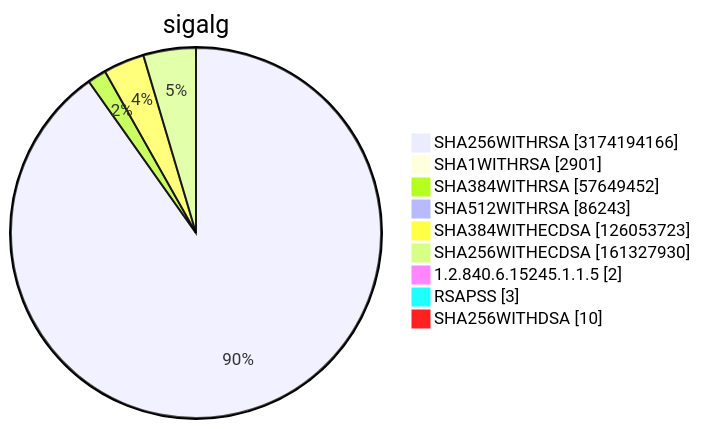
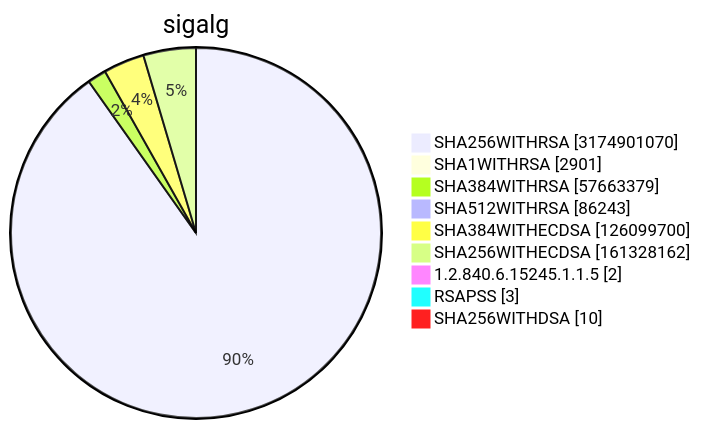
Diagram 15 of 15 in TOTAL/README.md (christiankrug/ctmonitor_visualization), drawn with Mermaid before and after one commit. The commit also changed other lines of this file, not shown here.

````diff
--- a/TOTAL/README.md
+++ b/TOTAL/README.md
@@ -6215,13 +6215,13 @@
 ```mermaid
 pie showData
 title sigalg
-"SHA256WITHRSA" :3174194166
+"SHA256WITHRSA" :3174901070
 "SHA1WITHRSA" :2901
-"SHA384WITHRSA" :57649452
+"SHA384WITHRSA" :57663379
 "SHA512WITHRSA" :86243
-"SHA384WITHECDSA" :126053723
-"SHA256WITHECDSA" :161327930
+"SHA384WITHECDSA" :126099700
+"SHA256WITHECDSA" :161328162
 "1.2.840.6.15245.1.1.5" :2
 "RSAPSS" :3
 "SHA256WITHDSA" :10
 ```
````
